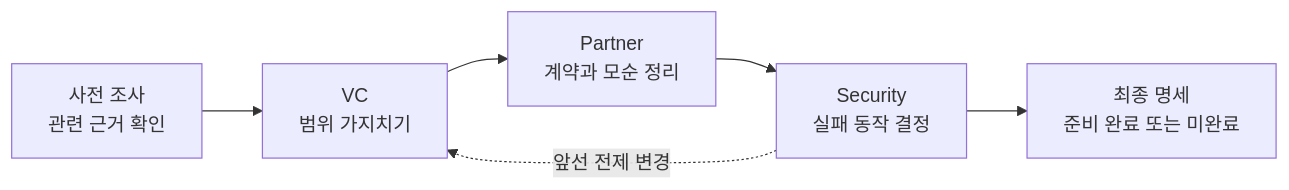
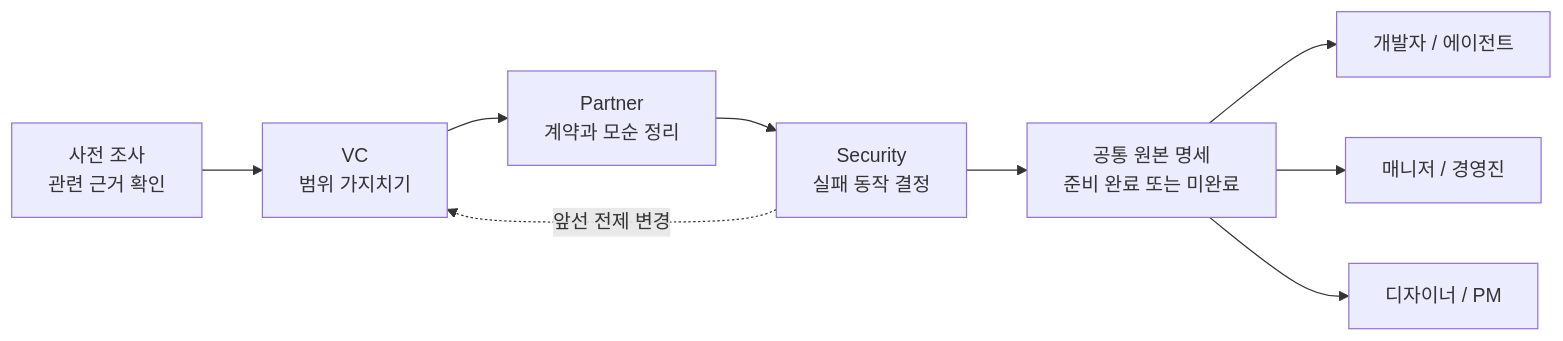
The diagram in README.ko.md (Malko-opensource/we-need-to-talk), drawn with Mermaid before and after one commit. The commit also changed other lines of this file and 32 other files, not shown here.

````diff
--- a/README.ko.md
+++ b/README.ko.md
@@ -230,8 +291,11 @@
 ```mermaid
 flowchart LR
     A["사전 조사<br/>관련 근거 확인"] --> V["VC<br/>범위 가지치기"]
     V --> P["Partner<br/>계약과 모순 정리"]
     P --> S["Security<br/>실패 동작 결정"]
-    S --> F["최종 명세<br/>준비 완료 또는 미완료"]
+    S --> F["공통 원본 명세<br/>준비 완료 또는 미완료"]
+    F --> E["개발자 / 에이전트"]
+    F --> M["매니저 / 경영진"]
+    F --> D["디자이너 / PM"]
     S -. 앞선 전제 변경 .-> V
 ```
````
